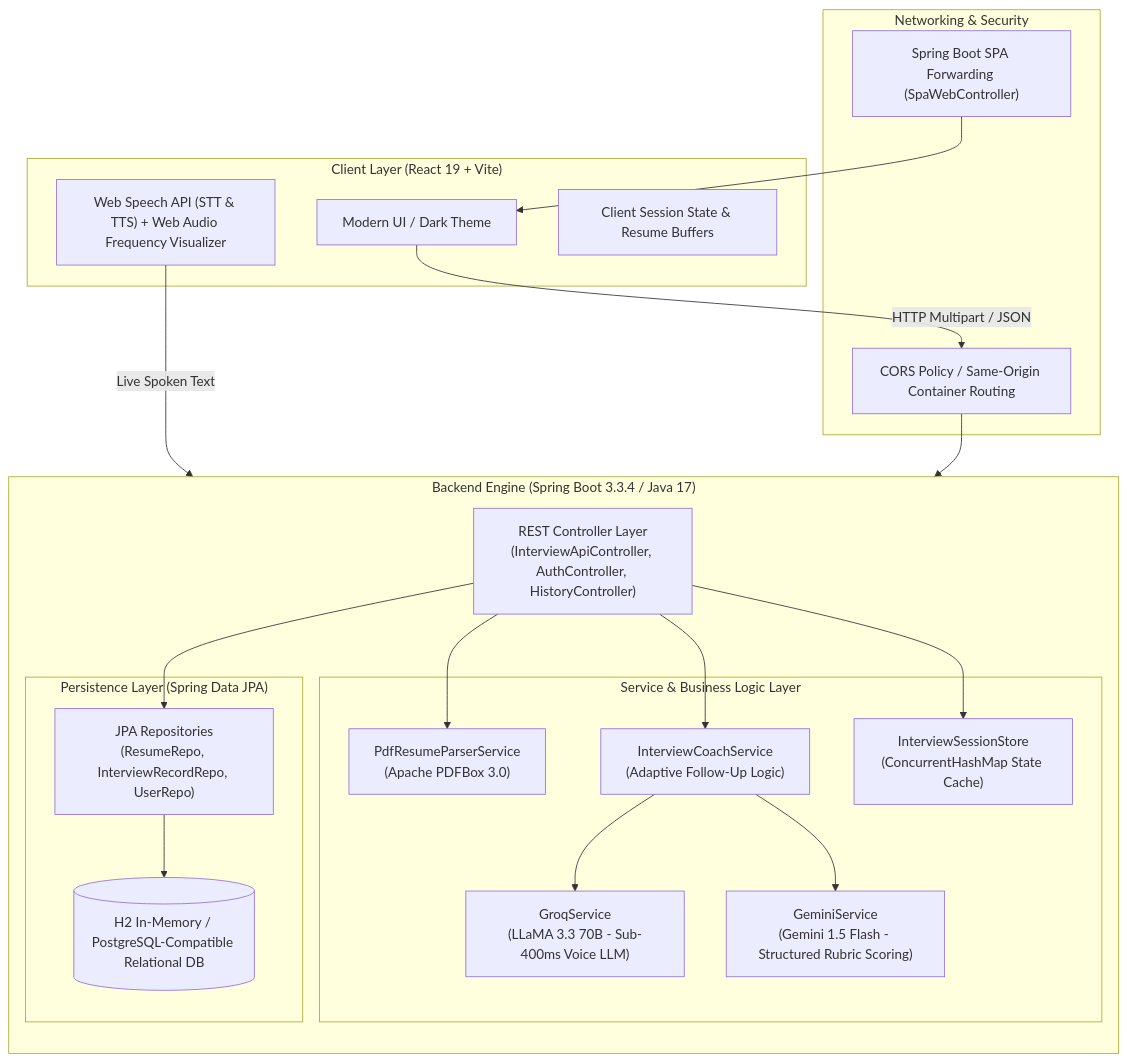
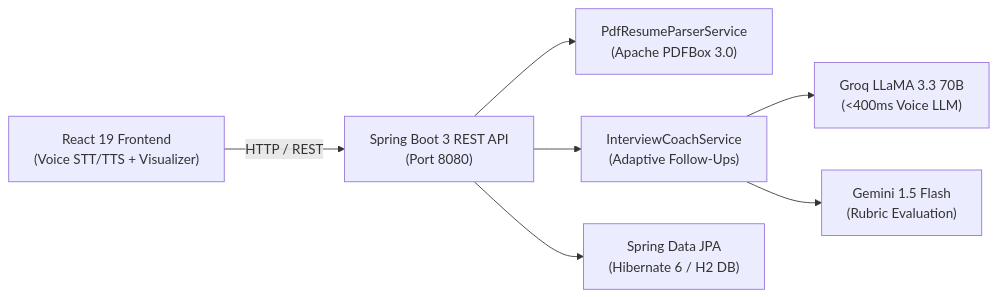
The diagram in README.md (prajakta2905/MockMate-AI), drawn with Mermaid before and after one commit. The commit also changed other lines of this file, not shown here.

````diff
--- a/README.md
+++ b/README.md
@@ -33,44 +16,10 @@
 ```mermaid
-flowchart TD
-    subgraph Client ["Client Layer (React 19 + Vite)"]
-        UI["Modern UI / Dark Theme"]
-        Audio["Web Speech API (STT & TTS) + Web Audio Frequency Visualizer"]
-        State["Client Session State & Resume Buffers"]
-    end
-
-    subgraph Gateway ["Networking & Security"]
-        CORS["CORS Policy / Same-Origin Container Routing"]
-        StaticRoute["Spring Boot SPA Forwarding (SpaWebController)"]
-    end
-
-    subgraph Backend ["Backend Engine (Spring Boot 3.3.4 / Java 17)"]
-        direction TB
-        Ctrl["REST Controller Layer\n(InterviewApiController, AuthController, HistoryController)"]
-        
-        subgraph Services ["Service & Business Logic Layer"]
-            PDF["PdfResumeParserService\n(Apache PDFBox 3.0)"]
-            Coach["InterviewCoachService\n(Adaptive Follow-Up Logic)"]
-            Store["InterviewSessionStore\n(ConcurrentHashMap State Cache)"]
-            Groq["GroqService\n(LLaMA 3.3 70B - Sub-400ms Voice LLM)"]
-            Gemini["GeminiService\n(Gemini 1.5 Flash - Structured Rubric Scoring)"]
-        end
-
-        subgraph DataLayer ["Persistence Layer (Spring Data JPA)"]
-            Repo["JPA Repositories\n(ResumeRepo, InterviewRecordRepo, UserRepo)"]
-            DB[(H2 In-Memory / PostgreSQL-Compatible Relational DB)]
-        end
-    end
-
-    UI -->|HTTP Multipart / JSON| CORS
-    Audio -->|Live Spoken Text| Ctrl
-    CORS --> Ctrl
-    StaticRoute --> UI
-    
-    Ctrl --> PDF
-    Ctrl --> Coach
-    Ctrl --> Store
-    Coach --> Groq
-    Coach --> Gemini
-    Ctrl --> Repo
-    Repo --> DB
+flowchart LR
+    A["React 19 Frontend\n(Voice STT/TTS + Visualizer)"] 
+    -->|HTTP / REST| B["Spring Boot 3 REST API\n(Port 8080)"]
+    B --> C["PdfResumeParserService\n(Apache PDFBox 3.0)"]
+    B --> D["InterviewCoachService\n(Adaptive Follow-Ups)"]
+    B --> E["Spring Data JPA\n(Hibernate 6 / H2 DB)"]
+    D --> F["Groq LLaMA 3.3 70B\n(<400ms Voice LLM)"]
+    D --> G["Gemini 1.5 Flash\n(Rubric Evaluation)"]
 ```
````
